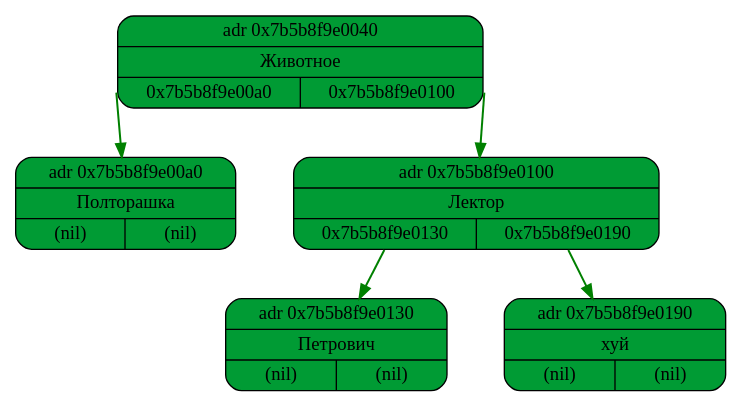
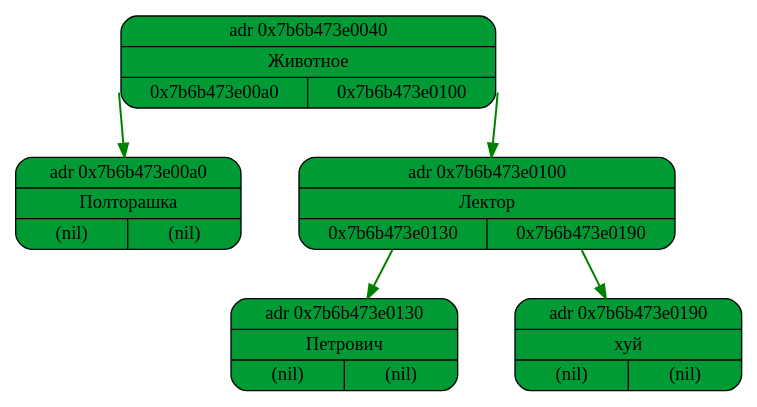
The diagram in log/graphviz_file.dot (evanvd/akinator), drawn with Graphviz before and after one commit. The commit also changed 17 other files, not shown here.

```diff
--- a/log/graphviz_file.dot
+++ b/log/graphviz_file.dot
@@ -1,14 +1,14 @@
 digraph {
 graph [rankdir=TB, splines=polyline, nodesep=0.6];
 node [shape=record, style="filled, rounded", fillcolor="#009b34ff", height=0.8];
 edge [color="#008000", penwidth=1.5, arrowhead = normal];
-node6 [label="{ adr 0x7b5b8f9e0040 | Животное | {<L> 0x7b5b8f9e00a0| <R> 0x7b5b8f9e0100}}"];
-node6:<L>->node7
-node7 [label="{ adr 0x7b5b8f9e00a0 | Полторашка | {<L> (nil)| <R> (nil)}}"];
-node6:<R>->node8
-node8 [label="{ adr 0x7b5b8f9e0100 | Лектор | {<L> 0x7b5b8f9e0130| <R> 0x7b5b8f9e0190}}"];
-node8:<L>->node9
-node9 [label="{ adr 0x7b5b8f9e0130 | Петрович | {<L> (nil)| <R> (nil)}}"];
-node8:<R>->node10
-node10 [label="{ adr 0x7b5b8f9e0190 | хуй | {<L> (nil)| <R> (nil)}}"];
+node1 [label="{ adr 0x7b6b473e0040 | Животное | {<L> 0x7b6b473e00a0| <R> 0x7b6b473e0100}}"];
+node1:<L>->node2
+node2 [label="{ adr 0x7b6b473e00a0 | Полторашка | {<L> (nil)| <R> (nil)}}"];
+node1:<R>->node3
+node3 [label="{ adr 0x7b6b473e0100 | Лектор | {<L> 0x7b6b473e0130| <R> 0x7b6b473e0190}}"];
+node3:<L>->node4
+node4 [label="{ adr 0x7b6b473e0130 | Петрович | {<L> (nil)| <R> (nil)}}"];
+node3:<R>->node5
+node5 [label="{ adr 0x7b6b473e0190 | хуй | {<L> (nil)| <R> (nil)}}"];
 }
```
